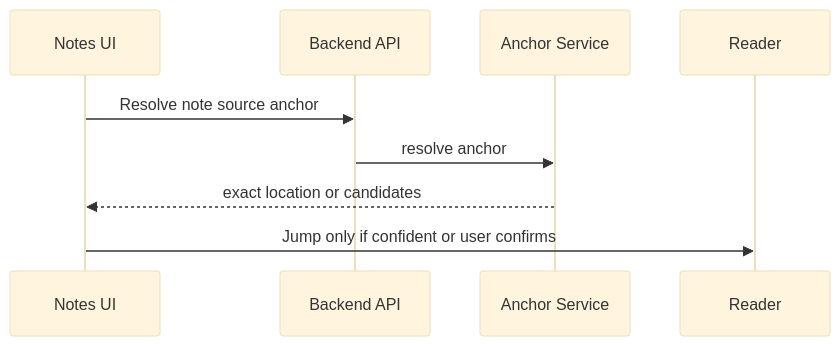
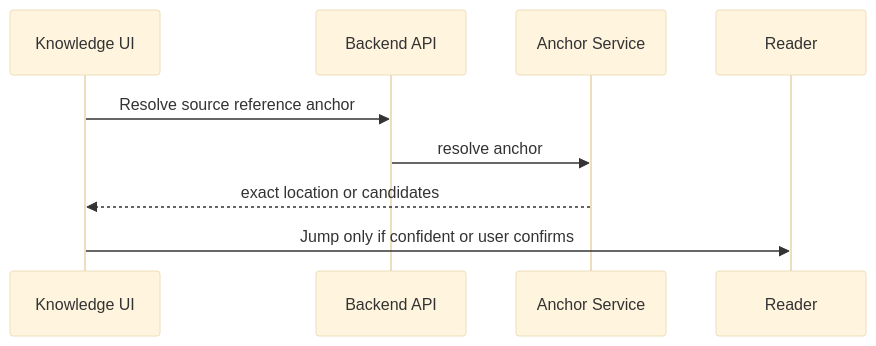
One commit to zhang-quan-yi/pocket-vibe-v3 changed the fourth of 4 diagrams in docs/POCKET_VIBE_WEB_PWA_HIGH_LEVEL_AND_MODULE_DESIGN.md. Above: the diagram before and after it, drawn with Mermaid (base theme). The commit also changed other lines of this file and 13 other files, not shown here.

````diff
--- a/docs/POCKET_VIBE_WEB_PWA_HIGH_LEVEL_AND_MODULE_DESIGN.md
+++ b/docs/POCKET_VIBE_WEB_PWA_HIGH_LEVEL_AND_MODULE_DESIGN.md
@@ -237,12 +237,12 @@
 ```mermaid
 sequenceDiagram
-  participant FE as Notes UI
+  participant FE as Knowledge UI
   participant API as Backend API
   participant Anchor as Anchor Service
   participant Reader as Reader
 
-  FE->>API: Resolve note source anchor
+  FE->>API: Resolve source reference anchor
   API->>Anchor: resolve anchor
   Anchor-->>FE: exact location or candidates
   FE->>Reader: Jump only if confident or user confirms
 ```
````
